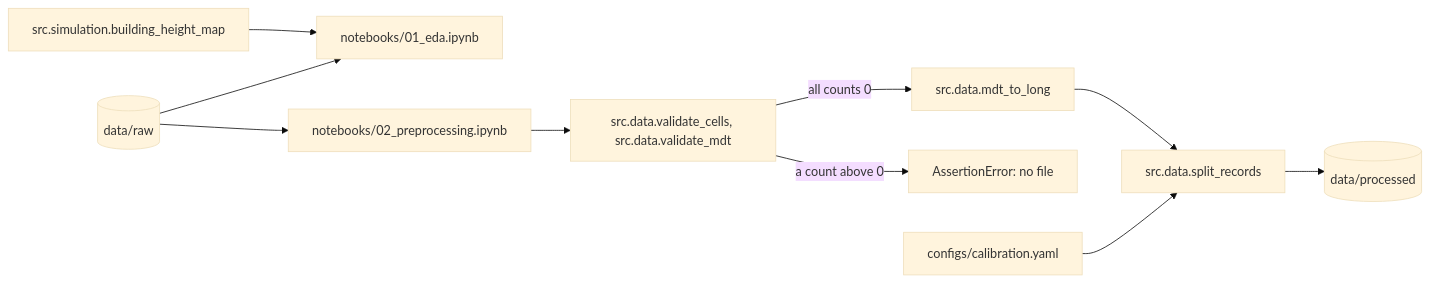
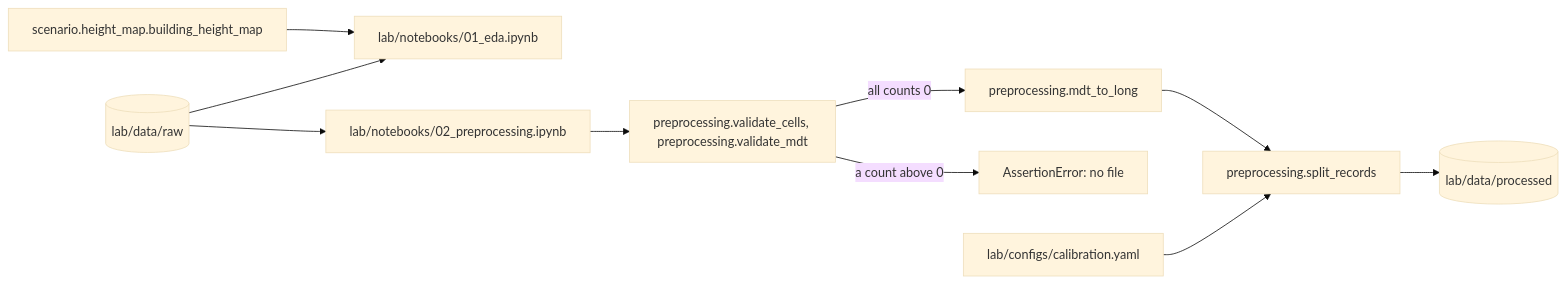
Before and after one commit to Wombat-Engineers/radio-calibration: the fourth of 5 diagrams in README.md, drawn with Mermaid (base theme). The commit also changed other lines of this file and 105 other files, not shown here.

First line of the commit message:
Add comprehensive tests for preprocessing and scenario modules

````diff
--- a/README.md
+++ b/README.md
@@ -306,12 +473,12 @@
 ```mermaid
 flowchart LR
-    raw[(data/raw)] --> eda[notebooks/01_eda.ipynb]
-    scene[src.simulation.building_height_map] --> eda
-    raw --> pre[notebooks/02_preprocessing.ipynb]
-    pre --> val[src.data.validate_cells, src.data.validate_mdt]
-    val -- all counts 0 --> long[src.data.mdt_to_long]
+    raw[(lab/data/raw)] --> eda[lab/notebooks/01_eda.ipynb]
+    scene[scenario.height_map.building_height_map] --> eda
+    raw --> pre[lab/notebooks/02_preprocessing.ipynb]
+    pre --> val[preprocessing.validate_cells, preprocessing.validate_mdt]
+    val -- all counts 0 --> long[preprocessing.mdt_to_long]
     val -- a count above 0 --> stop[AssertionError: no file]
-    split_cfg[configs/calibration.yaml] --> split[src.data.split_records]
+    split_cfg[lab/configs/calibration.yaml] --> split[preprocessing.split_records]
     long --> split
-    split --> out[(data/processed)]
+    split --> out[(lab/data/processed)]
 ```
````
